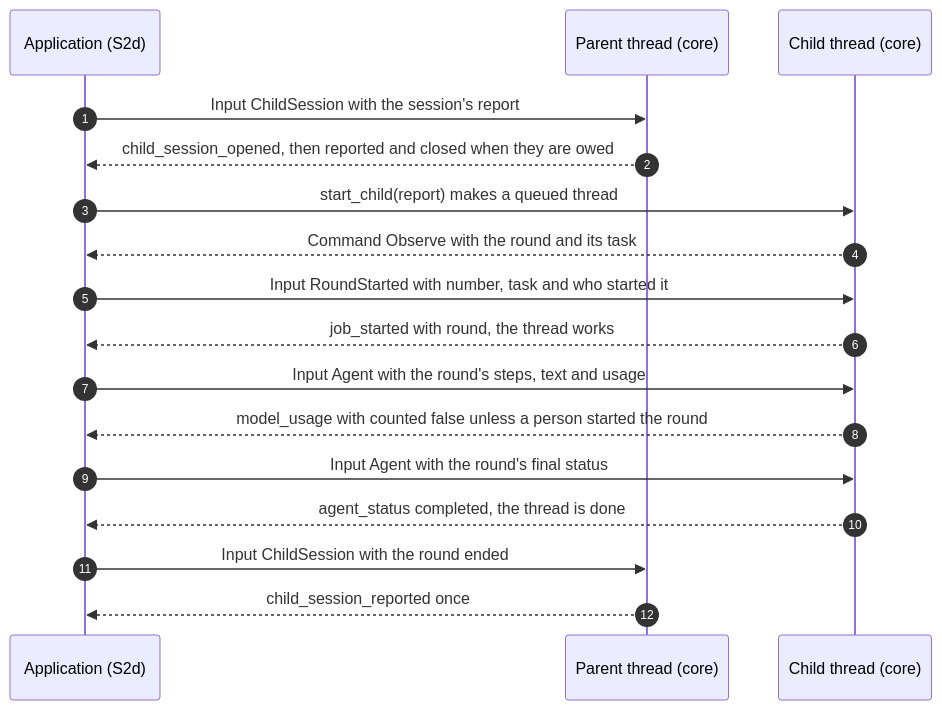
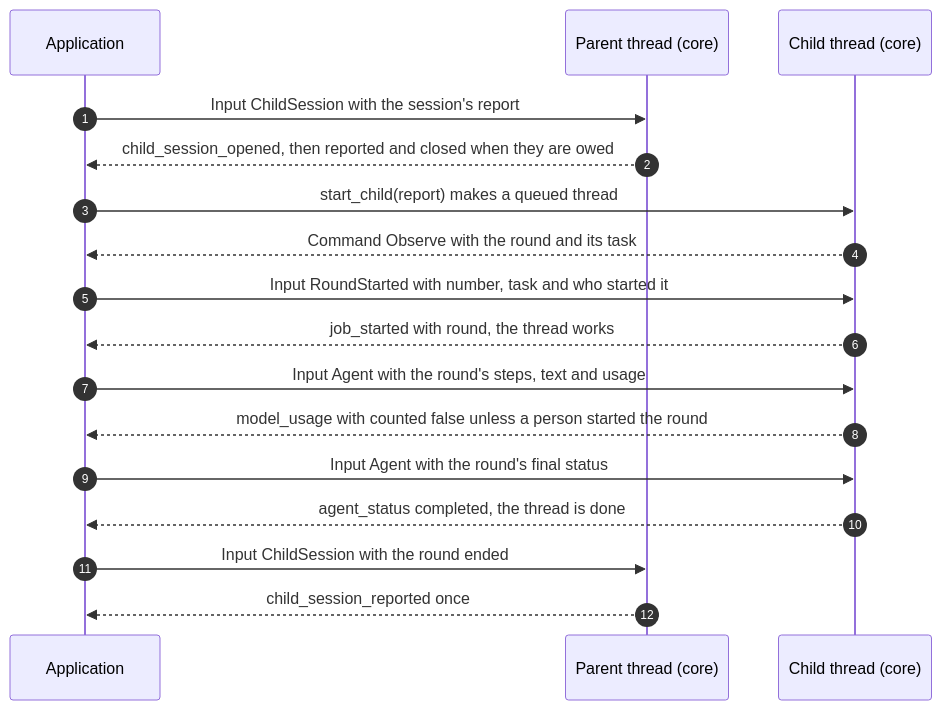
Diagram 28 of 56 in docs/orchestrator.md (vymalo/another-agentic-system), drawn with Mermaid before and after one commit. The commit also changed other lines of this file and 5 other files, not shown here.

````diff
--- a/docs/orchestrator.md
+++ b/docs/orchestrator.md
@@ -1554,19 +1554,19 @@
 ```mermaid
 sequenceDiagram
   autonumber
-  participant A as Application (S2d)
+  participant A as Application
   participant P as Parent thread (core)
   participant C as Child thread (core)
   A->>P: Input ChildSession with the session's report
   P-->>A: child_session_opened, then reported and closed when they are owed
   A->>C: start_child(report) makes a queued thread
   C-->>A: Command Observe with the round and its task
   A->>C: Input RoundStarted with number, task and who started it
   C-->>A: job_started with round, the thread works
   A->>C: Input Agent with the round's steps, text and usage
   C-->>A: model_usage with counted false unless a person started the round
   A->>C: Input Agent with the round's final status
   C-->>A: agent_status completed, the thread is done
   A->>P: Input ChildSession with the round ended
   P-->>A: child_session_reported once
 ```
````
